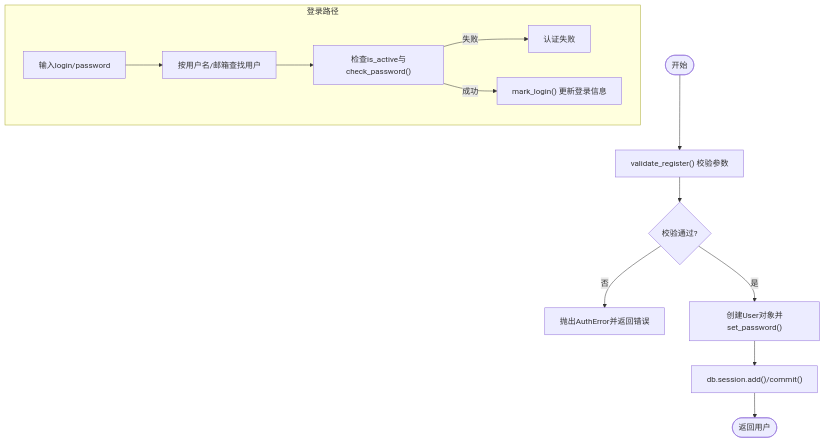
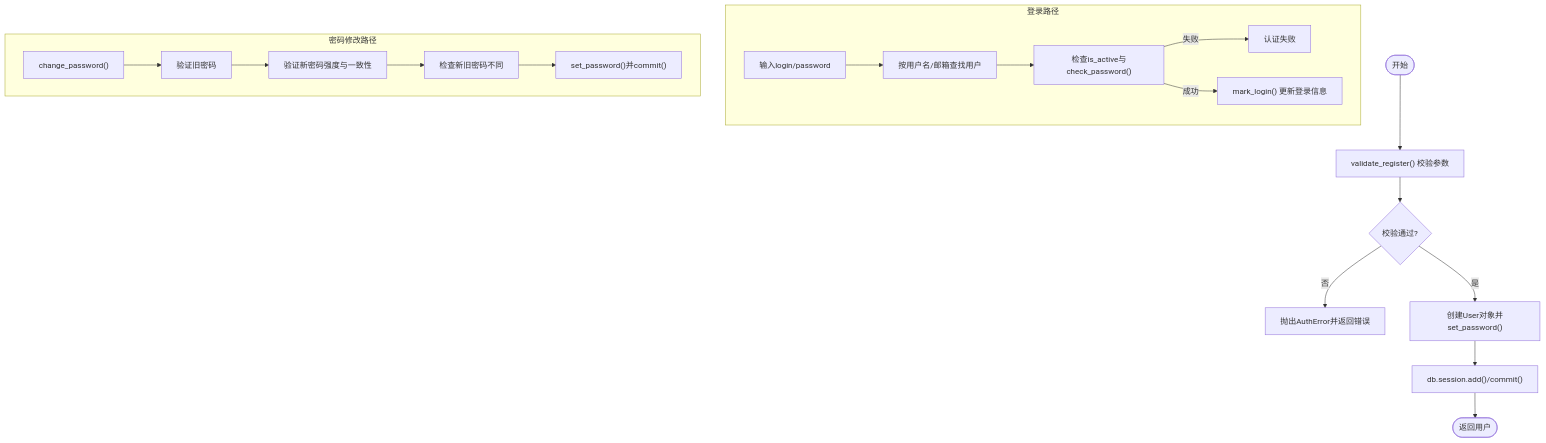
The fourth of 10 diagrams in .qoder/repowiki/zh/content/核心模块/用户系统模块/用户系统模块.md (beyondalbert/my_wiki), drawn with Mermaid before and after one commit. The commit also changed other lines of this file and 11 other files, not shown here.

````diff
--- a/.qoder/repowiki/zh/content/核心模块/用户系统模块/用户系统模块.md
+++ b/.qoder/repowiki/zh/content/核心模块/用户系统模块/用户系统模块.md
@@ -224,15 +247,21 @@
 ```mermaid
 flowchart TD
 Start(["开始"]) --> V["validate_register() 校验参数"]
 V --> VOK{"校验通过?"}
 VOK --> |否| Err["抛出AuthError并返回错误"]
 VOK --> |是| New["创建User对象并set_password()"]
 New --> Save["db.session.add()/commit()"]
 Save --> Done(["返回用户"])
 subgraph "登录路径"
 LStart["输入login/password"] --> Find["按用户名/邮箱查找用户"]
 Find --> Check["检查is_active与check_password()"]
 Check --> |失败| LErr["认证失败"]
 Check --> |成功| Mark["mark_login() 更新登录信息"]
 end
+subgraph "密码修改路径"
+PS["change_password()"] --> Old["验证旧密码"]
+Old --> NewPwd["验证新密码强度与一致性"]
+NewPwd --> Same["检查新旧密码不同"]
+Same --> Set["set_password()并commit()"]
+end
 ```
````
